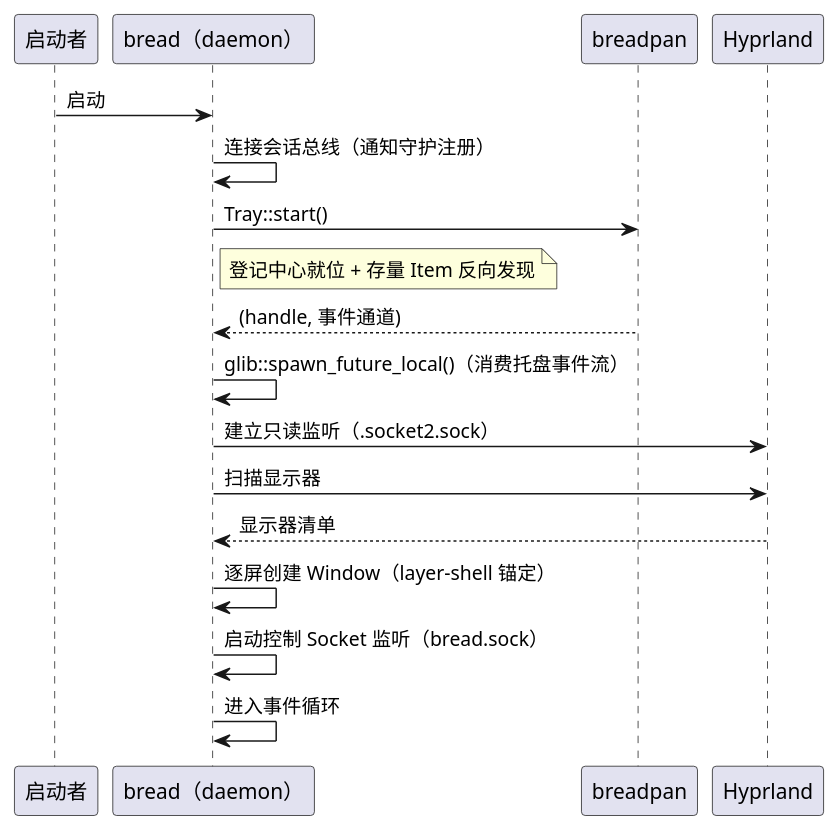
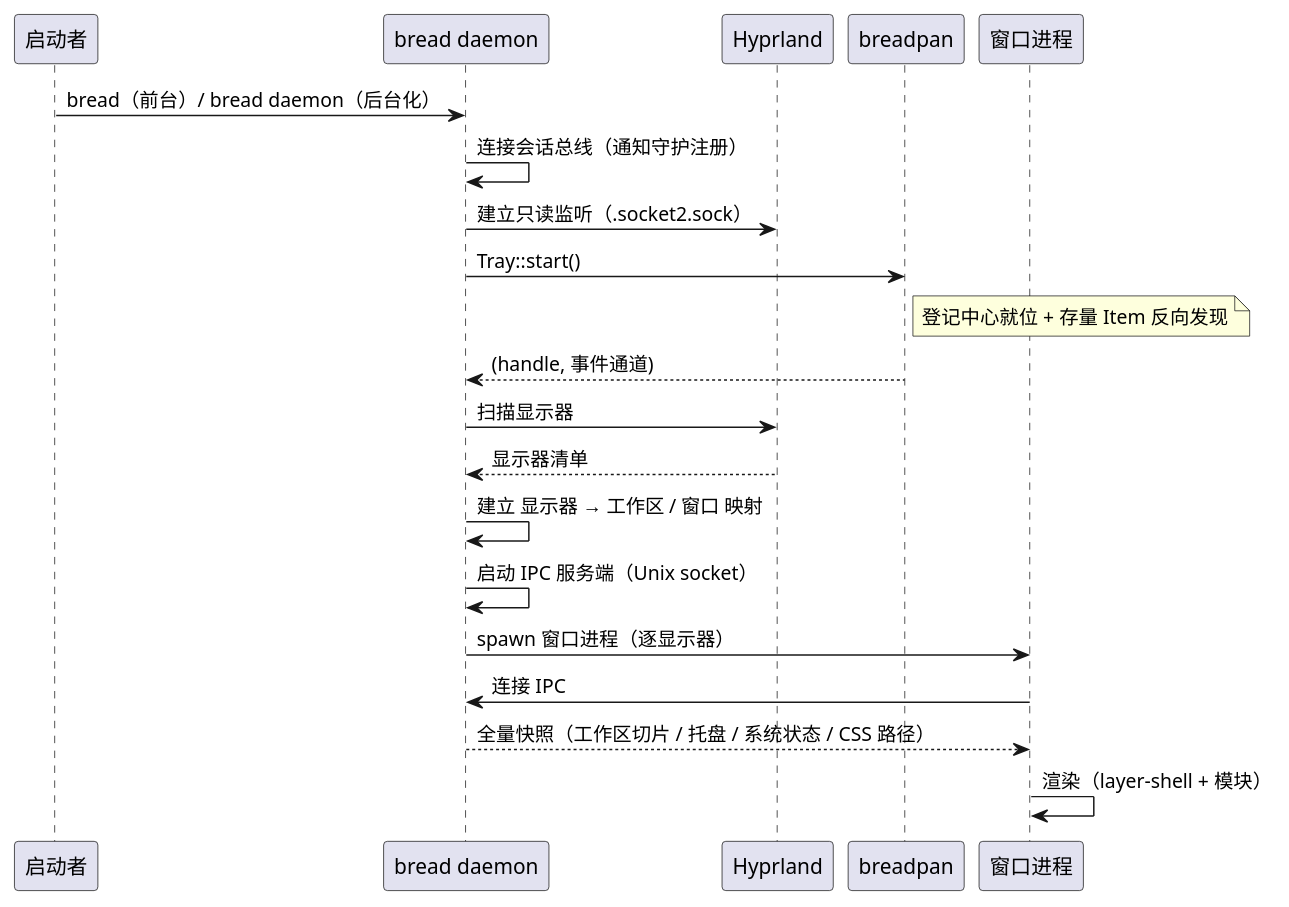
Before and after one commit to 54m43lJ/BreadKnife: the diagram in diagram/breadknife-startup.puml, drawn with PlantUML. The commit also changed 10 other files, not shown here.

Commit message:
docs(breadknife): 架构落档——daemon/窗口拆分（ARCH 重写 + 五图重绘）

```diff
--- a/diagram/breadknife-startup.puml
+++ b/diagram/breadknife-startup.puml
@@ -1,21 +1,24 @@
 @startuml breadknife-startup
 participant 启动者
-participant "bread（daemon）" as daemon
+participant "bread daemon" as daemon
+participant Hyprland
 participant breadpan
-participant Hyprland
+participant "窗口进程" as win
 
-启动者 -> daemon: 启动
+启动者 -> daemon: bread（前台）/ bread daemon（后台化）
 daemon -> daemon: 连接会话总线（通知守护注册）
+daemon -> Hyprland: 建立只读监听（.socket2.sock）
 daemon -> breadpan: Tray::start()
-note right of daemon
+note right of breadpan
   登记中心就位 + 存量 Item 反向发现
 end note
 breadpan --> daemon: (handle, 事件通道)
-daemon -> daemon: glib::spawn_future_local()（消费托盘事件流）
-daemon -> Hyprland: 建立只读监听（.socket2.sock）
 daemon -> Hyprland: 扫描显示器
 Hyprland --> daemon: 显示器清单
-daemon -> daemon: 逐屏创建 Window（layer-shell 锚定）
-daemon -> daemon: 启动控制 Socket 监听（bread.sock）
-daemon -> daemon: 进入事件循环
+daemon -> daemon: 建立 显示器 → 工作区 / 窗口 映射
+daemon -> daemon: 启动 IPC 服务端（Unix socket）
+daemon -> win: spawn 窗口进程（逐显示器）
+win -> daemon: 连接 IPC
+daemon --> win: 全量快照（工作区切片 / 托盘 / 系统状态 / CSS 路径）
+win -> win: 渲染（layer-shell + 模块）
 @enduml
```
